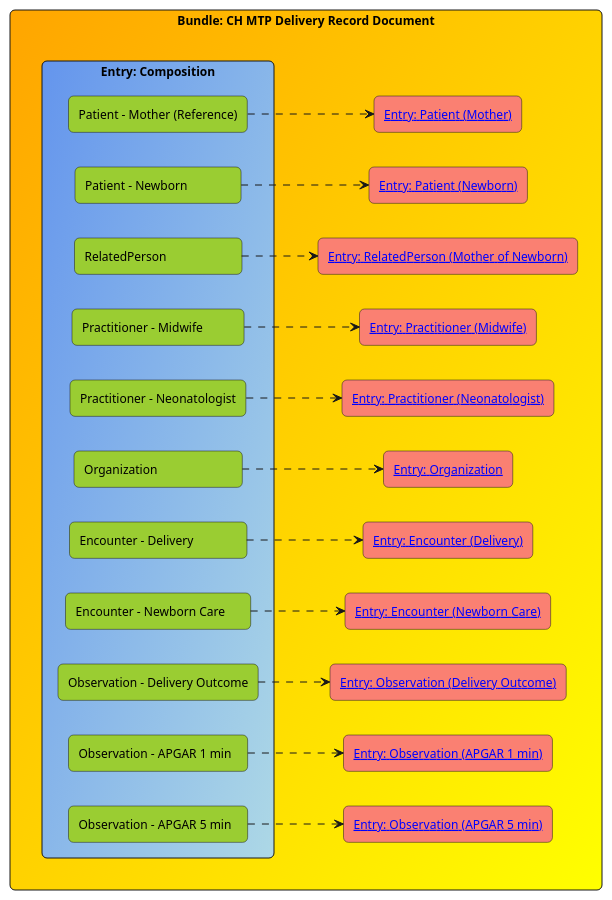
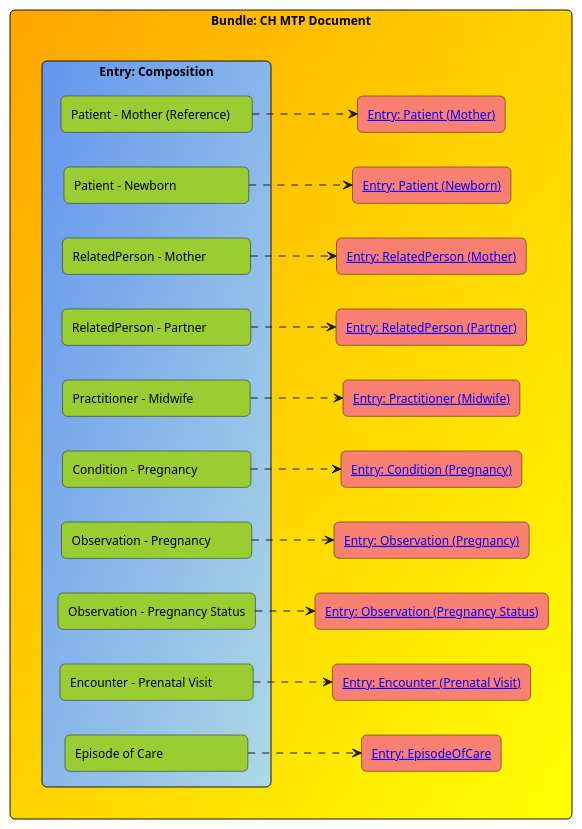
One commit to pjolo/mtp changed the diagram in input/images-source/document.plantuml. Above: the diagram before and after it, drawn with PlantUML. The commit also changed 1 other file, not shown here.

```diff
--- a/input/images-source/document.plantuml
+++ b/input/images-source/document.plantuml
@@ -1,55 +1,52 @@
 @startuml
 skinparam shadowing false
 skinparam rectangle {
   roundCorner 10
 }
 skinparam defaultFontSize 12
 
 left to right direction
 
-rectangle "**Bundle: CH MTP Delivery Record Document**" as Bundle #orange/yellow {
+rectangle "**Bundle: CH MTP Document**" as Bundle #orange/yellow {
 
   together {
     rectangle "**Entry: Composition**" as Comp #cornflowerblue/lightblue {
-      rectangle "Patient – Mother (Reference)" as SecMother #yellowgreen
-      rectangle "Patient – Newborn              " as SecNewborn #yellowgreen
-      rectangle "RelatedPerson                     " as SecRelated #yellowgreen
-      rectangle "Practitioner – Midwife          " as SecMidwife #yellowgreen
-      rectangle "Practitioner – Neonatologist" as SecNeo #yellowgreen
-      rectangle "Organization                        " as SecOrg #yellowgreen
-      rectangle "Encounter – Delivery              " as SecDelivery #yellowgreen
-      rectangle "Encounter – Newborn Care     " as SecNewbornCare #yellowgreen
-      rectangle "Observation – Delivery Outcome" as SecOutcome #yellowgreen
-      rectangle "Observation – APGAR 1 min  " as SecAPGAR1 #yellowgreen
-      rectangle "Observation – APGAR 5 min  " as SecAPGAR5 #yellowgreen
+      rectangle "Patient – Mother (Reference)    " as SecMother #yellowgreen
+      rectangle "Patient – Newborn                    " as SecNewborn #yellowgreen
+      rectangle "RelatedPerson – Mother           " as SecRelated #yellowgreen
+      rectangle "RelatedPerson – Partner           " as SecPartner #yellowgreen
+      rectangle "Practitioner – Midwife               " as SecMidwife #yellowgreen
+      rectangle "Condition – Pregnancy              " as SecCondition #yellowgreen
+      rectangle "Observation – Pregnancy          " as SecObs #yellowgreen
+      rectangle "Observation – Pregnancy Status" as SecStatus #yellowgreen
+      rectangle "Encounter – Prenatal Visit          " as SecVisit #yellowgreen
+      rectangle "Episode of Care                        " as SecEpisode #yellowgreen
     }
   }
 
   together {
     rectangle "[[StructureDefinition-ch-mtp-patient-mother.html Entry: Patient (Mother)]]" as E1 #salmon
     rectangle "[[StructureDefinition-ch-mtp-patient-newborn.html Entry: Patient (Newborn)]]" as E2 #salmon
-    rectangle "[[StructureDefinition-ch-mtp-relatedperson-mother.html Entry: RelatedPerson (Mother of Newborn)]]" as E3 #salmon
-    rectangle "[[StructureDefinition-ch-mtp-practitioner.html Entry: Practitioner (Midwife)]]" as E4 #salmon
-    rectangle "[[StructureDefinition-ch-mtp-practitioner.html Entry: Practitioner (Neonatologist)]]" as E5 #salmon
-    rectangle "[[StructureDefinition-ch-mtp-organization.html Entry: Organization]]" as E6 #salmon
-    rectangle "[[StructureDefinition-ch-mtp-encounter-delivery.html Entry: Encounter (Delivery)]]" as E7 #salmon
-    rectangle "[[StructureDefinition-ch-mtp-encounter-newborncare.html Entry: Encounter (Newborn Care)]]" as E8 #salmon
-    rectangle "[[StructureDefinition-ch-mtp-observation-delivery-outcome.html Entry: Observation (Delivery Outcome)]]" as E9 #salmon
-    rectangle "[[StructureDefinition-ch-mtp-observation-apgar.html Entry: Observation (APGAR 1 min)]]" as E10 #salmon
-    rectangle "[[StructureDefinition-ch-mtp-observation-apgar.html Entry: Observation (APGAR 5 min)]]" as E11 #salmon
+    rectangle "[[StructureDefinition-ch-mtp-relatedperson-mother.html Entry: RelatedPerson (Mother)]]" as E3 #salmon
+    rectangle "[[StructureDefinition-ch-mtp-relatedperson-partner.html Entry: RelatedPerson (Partner)]]" as E4 #salmon
+    rectangle "[[StructureDefinition-ch-mtp-practitioner-midwife.html Entry: Practitioner (Midwife)]]" as E5 #salmon
+    rectangle "[[StructureDefinition-ch-mtp-condition-pregnancy.html Entry: Condition (Pregnancy)]]" as E6 #salmon
+    rectangle "[[StructureDefinition-ch-mtp-observation-pregnancy.html Entry: Observation (Pregnancy)]]" as E7 #salmon
+    rectangle "[[StructureDefinition-ch-mtp-pregnancy-status.html Entry: Observation (Pregnancy Status)]]" as E8 #salmon
+    rectangle "[[StructureDefinition-ch-mtp-prenatal-visit.html Entry: Encounter (Prenatal Visit)]]" as E9 #salmon
+    rectangle "[[StructureDefinition-ch-mtp-episode-of-care.html Entry: EpisodeOfCare]]" as E10 #salmon
   }
 }
 
-SecMother       ..> E1
-SecNewborn      ..> E2
-SecRelated      ..> E3
-SecMidwife      ..> E4
-SecNeo          ..> E5
-SecOrg          ..> E6
-SecDelivery     ..> E7
-SecNewbornCare  ..> E8
-SecOutcome      ..> E9
-SecAPGAR1       ..> E10
-SecAPGAR5       ..> E11
+SecMother   ..> E1
+SecNewborn  ..> E2
+SecRelated  ..> E3
+SecPartner  ..> E4
+SecMidwife  ..> E5
+SecCondition ..> E6
+SecObs      ..> E7
+SecStatus   ..> E8
+SecVisit    ..> E9
+SecEpisode  ..> E10
 
 @enduml
```
